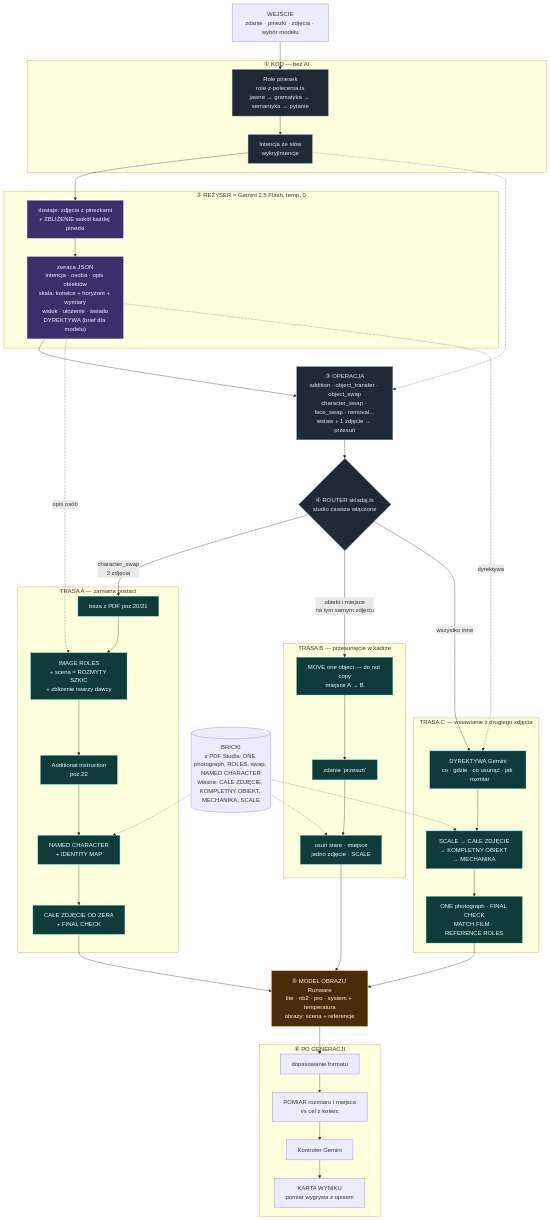
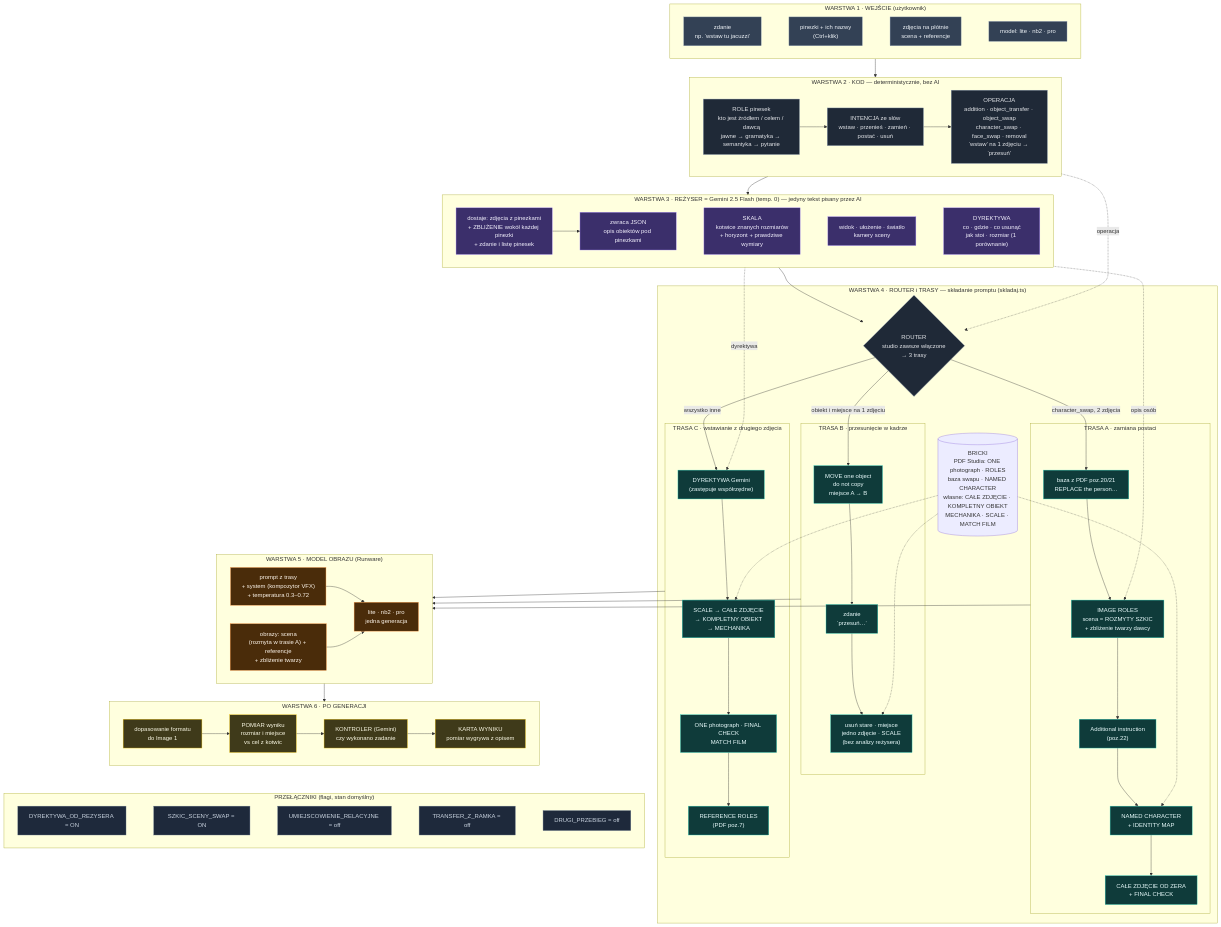
The diagram in nextbyte-preview/docs/SYSTEM-PROMPTOW-MERMAID.md (Ceyloot/Next-Byte-Design-Pack), drawn with Mermaid before and after one commit. The commit also changed other lines of this file and 1 other file, not shown here.

Commit message:
Docs: jeden diagram Mermaid z warstwami 1–7 (poziome pasy), PNG
Claude-Session: https://claude.ai/code/session_01RwKMsLcf68BPxtT5veCpbv

````diff
--- a/nextbyte-preview/docs/SYSTEM-PROMPTOW-MERMAID.md
+++ b/nextbyte-preview/docs/SYSTEM-PROMPTOW-MERMAID.md
@@ -3,71 +5,116 @@
 ```mermaid
-flowchart TD
-  IN["WEJŚCIE<br/>zdanie · pinezki · zdjęcia · wybór modelu"]
-
-  subgraph KOD1["① KOD — bez AI"]
-    ROLE["Role pinesek<br/>role-z-polecenia.ts<br/>jawne → gramatyka → semantyka → pytanie"]
-    INT["Intencja ze słów<br/>wykryjIntencje"]
+flowchart TB
+  subgraph L1["WARSTWA 1 · WEJŚCIE (użytkownik)"]
+    direction LR
+    I1["zdanie<br/>np. ‘wstaw tu jacuzzi’"]
+    I2["pinezki + ich nazwy<br/>(Ctrl+klik)"]
+    I3["zdjęcia na płótnie<br/>scena + referencje"]
+    I4["model: lite · nb2 · pro"]
+    I1 ~~~ I2 ~~~ I3 ~~~ I4
   end
 
-  subgraph GEM["② REŻYSER = Gemini 2.5 Flash, temp. 0"]
-    ZB["dostaje: zdjęcia z pinezkami<br/>+ ZBLIŻENIE wokół każdej pinezki"]
-    JSON["zwraca JSON<br/>intencja · osoba · opis obiektów<br/>skala: kotwice + horyzont + wymiary<br/>widok · ułożenie · światło<br/>DYREKTYWA (brief dla modelu)"]
-    ZB --> JSON
+  subgraph L2["WARSTWA 2 · KOD — deterministycznie, bez AI"]
+    direction LR
+    K1["ROLE pinesek<br/>kto jest źródłem / celem / dawcą<br/>jawne → gramatyka → semantyka → pytanie"]
+    K2["INTENCJA ze słów<br/>wstaw · przenieś · zamień · postać · usuń"]
+    K3["OPERACJA<br/>addition · object_transfer · object_swap<br/>character_swap · face_swap · removal<br/>‘wstaw’ na 1 zdjęciu → ‘przesuń’"]
+    K1 --> K2 --> K3
   end
 
-  OP["③ OPERACJA<br/>addition · object_transfer · object_swap<br/>character_swap · face_swap · removal…<br/>wstaw + 1 zdjęcie → przesuń"]
-
-  ROUTER{"④ ROUTER skladaj.ts<br/>studio zawsze włączone"}
-
-  subgraph TA["TRASA A — zamiana postaci"]
-    A1["baza z PDF poz.20/21"] --> A2["IMAGE ROLES<br/>+ scena = ROZMYTY SZKIC<br/>+ zbliżenie twarzy dawcy"]
-    A2 --> A3["Additional instruction<br/>poz.22"] --> A4["NAMED CHARACTER<br/>+ IDENTITY MAP"]
-    A4 --> A5["CAŁE ZDJĘCIE OD ZERA<br/>+ FINAL CHECK"]
+  subgraph L3["WARSTWA 3 · REŻYSER = Gemini 2.5 Flash (temp. 0) — jedyny tekst pisany przez AI"]
+    direction LR
+    G0["dostaje: zdjęcia z pinezkami<br/>+ ZBLIŻENIE wokół każdej pinezki<br/>+ zdanie i listę pinesek"]
+    G1["zwraca JSON<br/>opis obiektów pod pinezkami"]
+    G2["SKALA<br/>kotwice znanych rozmiarów<br/>+ horyzont + prawdziwe wymiary"]
+    G3["widok · ułożenie · światło<br/>kamery sceny"]
+    G4["DYREKTYWA<br/>co · gdzie · co usunąć<br/>jak stoi · rozmiar (1 porównanie)"]
+    G0 --> G1 ~~~ G2 ~~~ G3 ~~~ G4
   end
 
-  subgraph TB["TRASA B — przesunięcie w kadrze"]
-    B1["MOVE one object — do not copy<br/>miejsce A → B"] --> B2["zdanie ‘przesuń’"]
-    B2 --> B3["usuń stare · miejsce<br/>jedno zdjęcie · SCALE"]
+  subgraph L4["WARSTWA 4 · ROUTER i TRASY — składanie promptu (skladaj.ts)"]
+    RT{"ROUTER<br/>studio zawsze włączone<br/>→ 3 trasy"}
+    subgraph TA["TRASA A · zamiana postaci"]
+      A1["baza z PDF poz.20/21<br/>REPLACE the person…"]
+      A2["IMAGE ROLES<br/>scena = ROZMYTY SZKIC<br/>+ zbliżenie twarzy dawcy"]
+      A3["Additional instruction<br/>(poz.22)"]
+      A4["NAMED CHARACTER<br/>+ IDENTITY MAP"]
+      A5["CAŁE ZDJĘCIE OD ZERA<br/>+ FINAL CHECK"]
+      A1 --> A2 --> A3 --> A4 --> A5
+    end
+    subgraph TB2["TRASA B · przesunięcie w kadrze"]
+      B1["MOVE one object<br/>do not copy<br/>miejsce A → B"]
+      B2["zdanie<br/>‘przesuń…’"]
+      B3["usuń stare · miejsce<br/>jedno zdjęcie · SCALE<br/>(bez analizy reżysera)"]
+      B1 --> B2 --> B3
+    end
+    subgraph TC["TRASA C · wstawianie z drugiego zdjęcia"]
+      C1["DYREKTYWA Gemini<br/>(zastępuje współrzędne)"]
+      C2["SCALE → CAŁE ZDJĘCIE<br/>→ KOMPLETNY OBIEKT<br/>→ MECHANIKA"]
+      C3["ONE photograph · FINAL CHECK<br/>MATCH FILM"]
+      C4["REFERENCE ROLES<br/>(PDF poz.7)"]
+      C1 --> C2 --> C3 --> C4
+    end
+    BR[("BRICKI<br/>PDF Studia: ONE photograph · ROLES<br/>baza swapu · NAMED CHARACTER<br/>własne: CAŁE ZDJĘCIE · KOMPLETNY OBIEKT<br/>MECHANIKA · SCALE · MATCH FILM")]
+    RT -->|"character_swap, 2 zdjęcia"| A1
+    RT -->|"obiekt i miejsce na 1 zdjęciu"| B1
+    RT -->|"wszystko inne"| C1
+    BR -.-> A4
+    BR -.-> B3
+    BR -.-> C2
   end
 
-  subgraph TC["TRASA C — wstawianie z drugiego zdjęcia"]
-    C1["DYREKTYWA Gemini<br/>co · gdzie · co usunąć · jak · rozmiar"] --> C2["SCALE → CAŁE ZDJĘCIE<br/>→ KOMPLETNY OBIEKT → MECHANIKA"]
-    C2 --> C3["ONE photograph · FINAL CHECK<br/>MATCH FILM · REFERENCE ROLES"]
+  subgraph L5["WARSTWA 5 · MODEL OBRAZU (Runware)"]
+    direction LR
+    M1["prompt z trasy<br/>+ system (kompozytor VFX)<br/>+ temperatura 0.3–0.72"]
+    M2["obrazy: scena<br/>(rozmyta w trasie A) + referencje<br/>+ zbliżenie twarzy"]
+    M3["lite · nb2 · pro<br/>jedna generacja"]
+    M1 --> M3
+    M2 --> M3
   end
 
-  MODEL["⑤ MODEL OBRAZU Runware<br/>lite · nb2 · pro · system + temperatura<br/>obrazy: scena + referencje"]
-
-  subgraph POST["⑥ PO GENERACJI"]
-    FMT["dopasowanie formatu"] --> POM["POMIAR rozmiaru i miejsca<br/>vs cel z kotwic"]
-    POM --> KON["Kontroler Gemini"]
-    KON --> OUT["KARTA WYNIKU<br/>pomiar wygrywa z opisem"]
+  subgraph L6["WARSTWA 6 · PO GENERACJI"]
+    direction LR
+    P1["dopasowanie formatu<br/>do Image 1"]
+    P2["POMIAR wyniku<br/>rozmiar i miejsce<br/>vs cel z kotwic"]
+    P3["KONTROLER (Gemini)<br/>czy wykonano zadanie"]
+    P4["KARTA WYNIKU<br/>pomiar wygrywa z opisem"]
+    P1 --> P2 --> P3 --> P4
   end
 
-  BRICKI[("BRICKI<br/>z PDF Studia: ONE photograph, ROLES, swap, NAMED CHARACTER<br/>własne: CAŁE ZDJĘCIE, KOMPLETNY OBIEKT, MECHANIKA, SCALE")]
+  subgraph L7["PRZEŁĄCZNIKI (flagi, stan domyślny)"]
+    direction LR
+    F1["DYREKTYWA_OD_REZYSERA = ON"]
+    F2["SZKIC_SCENY_SWAP = ON"]
+    F3["UMIEJSCOWIENIE_RELACYJNE = off"]
+    F4["TRANSFER_Z_RAMKA = off"]
+    F5["DRUGI_PRZEBIEG = off"]
+    F1 ~~~ F2 ~~~ F3 ~~~ F4 ~~~ F5
+  end
 
-  IN --> ROLE --> INT --> ZB
-  JSON --> OP
-  INT -.-> OP
-  OP --> ROUTER
-  ROUTER -->|"character_swap<br/>2 zdjęcia"| A1
-  ROUTER -->|"obiekt i miejsce<br/>na tym samym zdjęciu"| B1
-  ROUTER -->|"wszystko inne"| C1
-  BRICKI -.-> A4
-  BRICKI -.-> B3
-  BRICKI -.-> C2
-  JSON -.->|"opis osób"| A2
-  JSON -.->|"dyrektywa"| C1
-  A5 --> MODEL
-  B3 --> MODEL
-  C3 --> MODEL
-  MODEL --> FMT
+  L1 --> L2
+  L2 --> L3
+  L3 --> RT
+  L2 -.->|"operacja"| RT
+  L3 -.->|"dyrektywa"| C1
+  L3 -.->|"opis osób"| A2
+  TA --> L5
+  TB2 --> L5
+  TC --> L5
+  L5 --> L6
+  L6 ~~~ L7
 
+  classDef wejscie fill:#334155,stroke:#94a3b8,color:#f1f5f9
   classDef kod fill:#1f2937,stroke:#94a3b8,color:#e5e7eb
   classDef gem fill:#3b2f6b,stroke:#a78bfa,color:#f5f3ff
   classDef trasa fill:#0f3b3a,stroke:#2dd4bf,color:#ecfeff
   classDef model fill:#4a2c0a,stroke:#fb923c,color:#fff7ed
-  class ROLE,INT,OP,ROUTER kod
-  class ZB,JSON gem
-  class A1,A2,A3,A4,A5,B1,B2,B3,C1,C2,C3 trasa
-  class MODEL model
+  classDef post fill:#3f3a1a,stroke:#facc15,color:#fefce8
+  classDef flaga fill:#1e293b,stroke:#64748b,color:#cbd5e1
+  class I1,I2,I3,I4 wejscie
+  class K1,K2,K3,RT kod
+  class G0,G1,G2,G3,G4 gem
+  class A1,A2,A3,A4,A5,B1,B2,B3,C1,C2,C3,C4 trasa
+  class M1,M2,M3 model
+  class P1,P2,P3,P4 post
+  class F1,F2,F3,F4,F5 flaga
 ```
````
